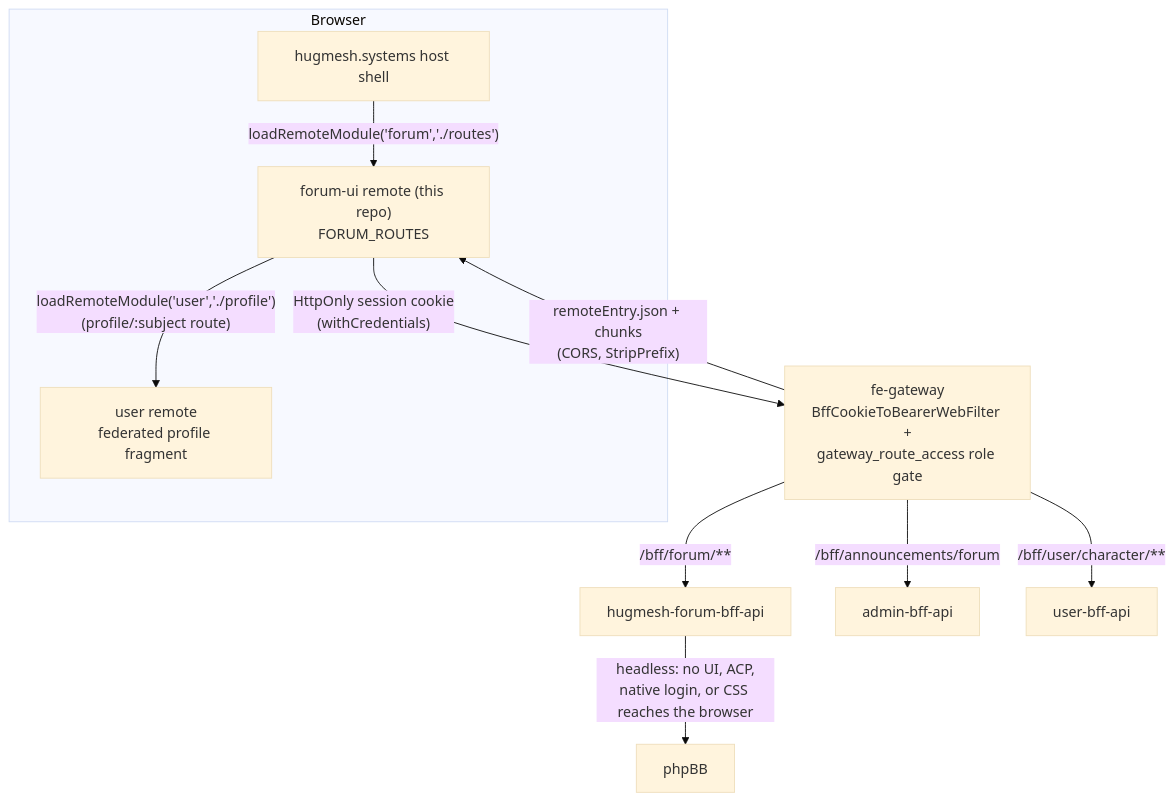
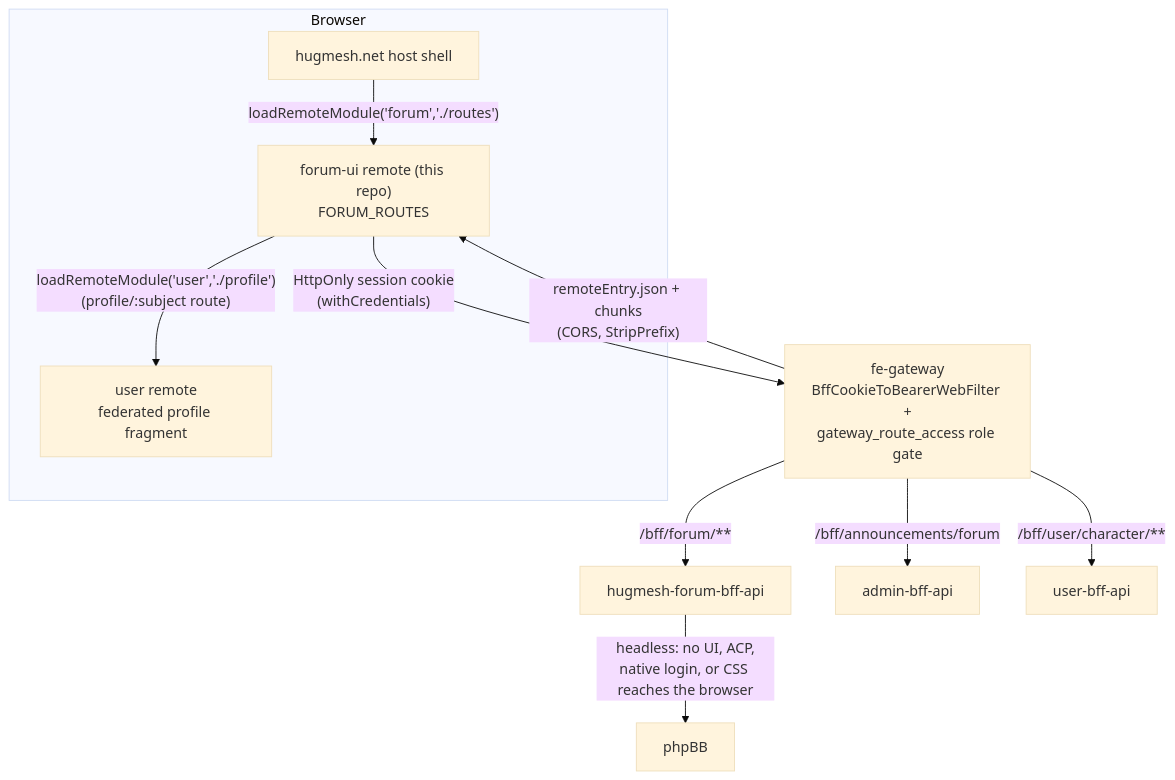
One commit to hugmesh/hugmesh-forum-ui changed the diagram in README.md. Above: the diagram before and after it, drawn with Mermaid (base theme). The commit also changed 13 other files, not shown here.

First line of the commit message:
chore(rename): eliminate .systems tokens in favour of hugmesh.net

````diff
--- a/README.md
+++ b/README.md
@@ -145,20 +145,20 @@
 ```mermaid
 flowchart TD
     subgraph browser["Browser"]
-        HostShell["hugmesh.systems host shell"]
+        HostShell["hugmesh.net host shell"]
         ForumRemote["forum-ui remote (this repo)<br/>FORUM_ROUTES"]
         UserRemote["user remote<br/>federated profile fragment"]
         HostShell -->|"loadRemoteModule('forum','./routes')"| ForumRemote
         ForumRemote -->|"loadRemoteModule('user','./profile')<br/>(profile/:subject route)"| UserRemote
     end
 
     ForumRemote -->|"HttpOnly session cookie<br/>(withCredentials)"| Gateway["fe-gateway<br/>BffCookieToBearerWebFilter +<br/>gateway_route_access role gate"]
 
     Gateway -->|"/bff/forum/**"| ForumBFF["hugmesh-forum-bff-api"]
     Gateway -->|"/bff/announcements/forum"| AdminBFF["admin-bff-api"]
     Gateway -->|"/bff/user/character/**"| UserBFF["user-bff-api"]
 
     ForumBFF -->|"headless: no UI, ACP,<br/>native login, or CSS reaches the browser"| PhpBB["phpBB"]
 
     Gateway -->|"remoteEntry.json + chunks<br/>(CORS, StripPrefix)"| ForumRemote
 ```
````
